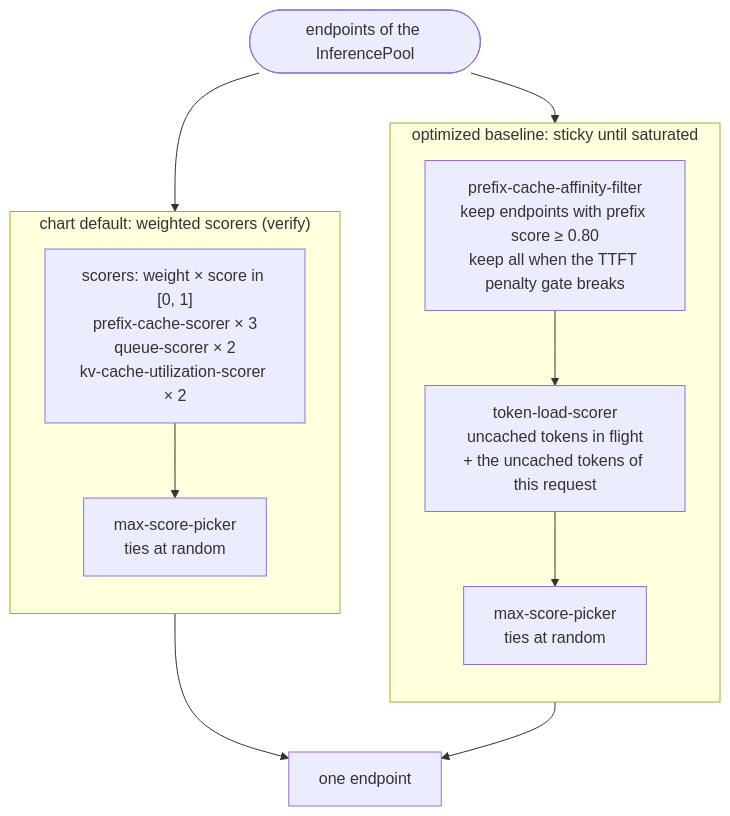
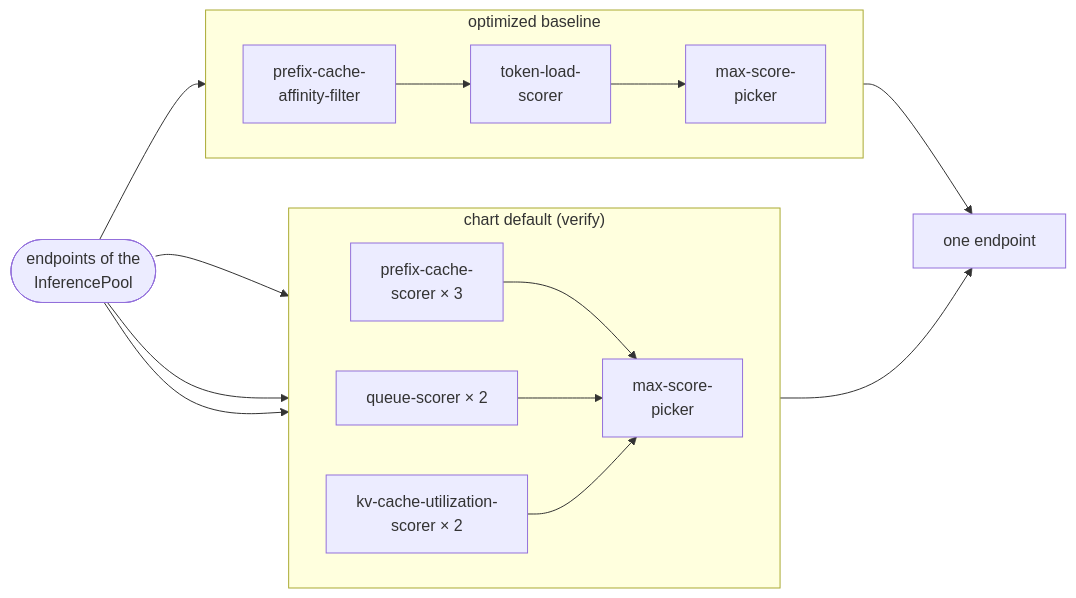
The first of 3 diagrams in 05-orchestrator/serving-orchestration/PRIMER.md (aniryou/full-stack-agentic-engineer), drawn with Mermaid before and after one commit. The commit also changed other lines of this file and 633 other files, not shown here.

First line of the commit message:
Accessible language and one-screen figures, part 1: every figure fits a screen, the STE second pass over the layers (#53)

````diff
--- a/05-orchestrator/serving-orchestration/PRIMER.md
+++ b/05-orchestrator/serving-orchestration/PRIMER.md
@@ -270,15 +270,17 @@
 ```mermaid
-flowchart TB
-    E(["endpoints of the InferencePool"]) --> A
-    E --> B
-    subgraph A["chart default: weighted scorers (verify)"]
-        direction TB
-        S1["scorers: weight × score in [0, 1]<br/>prefix-cache-scorer × 3<br/>queue-scorer × 2<br/>kv-cache-utilization-scorer × 2"] --> K1["max-score-picker<br/>ties at random"]
+flowchart LR
+    E(["endpoints of the<br/>InferencePool"]) --> SA & SB & SC
+    subgraph A["chart default (verify)"]
+        direction LR
+        SA["prefix-cache-<br/>scorer × 3"] --> K1["max-score-<br/>picker"]
+        SB["queue-scorer × 2"] --> K1
+        SC["kv-cache-utilization-<br/>scorer × 2"] --> K1
     end
-    subgraph B["optimized baseline: sticky until saturated"]
-        direction TB
-        F2["prefix-cache-affinity-filter<br/>keep endpoints with prefix score ≥ 0.80<br/>keep all when the TTFT penalty gate breaks"] --> S2["token-load-scorer<br/>uncached tokens in flight<br/>+ the uncached tokens of this request"] --> K2["max-score-picker<br/>ties at random"]
+    E --> F2
+    subgraph B["optimized baseline"]
+        direction LR
+        F2["prefix-cache-<br/>affinity-filter"] --> S2["token-load-<br/>scorer"] --> K2["max-score-<br/>picker"]
     end
-    A --> D["one endpoint"]
-    B --> D
+    K1 --> D["one endpoint"]
+    K2 --> D
 ```
````
